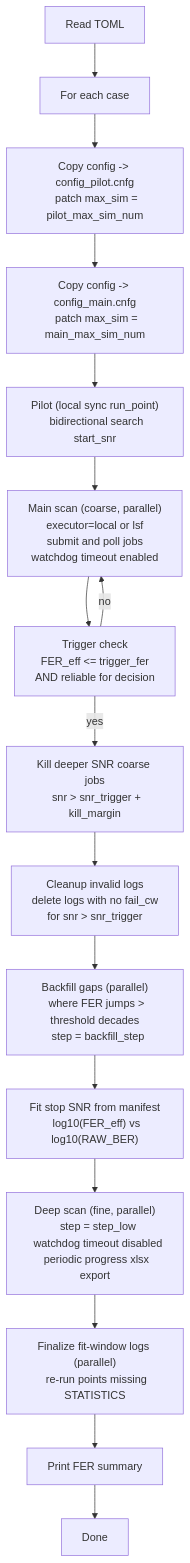
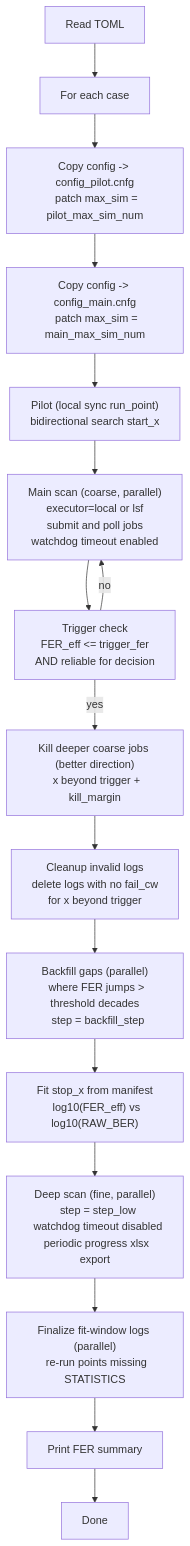
The second of 4 diagrams in scripts/auto_fer_eval/README.md (Gol-D-Rogger/LDPC-codes), drawn with Mermaid before and after one commit. The commit also changed other lines of this file and 38 other files, not shown here.

````diff
--- a/scripts/auto_fer_eval/README.md
+++ b/scripts/auto_fer_eval/README.md
@@ -121,36 +127,36 @@
 ```mermaid
 flowchart TD
   A["Read TOML"] --> B["For each case"]
   B --> C["Copy config -> config_pilot.cnfg
   patch max_sim = pilot_max_sim_num"]
   C --> D["Copy config -> config_main.cnfg
   patch max_sim = main_max_sim_num"]
   D --> E["Pilot (local sync run_point)
-  bidirectional search start_snr"]
+  bidirectional search start_x"]
   E --> F["Main scan (coarse, parallel)
   executor=local or lsf
   submit and poll jobs
   watchdog timeout enabled"]
   F --> G["Trigger check
   FER_eff <= trigger_fer
   AND reliable for decision"]
   G -->| no | F
-  G -->| yes | H["Kill deeper SNR coarse jobs
-  snr > snr_trigger + kill_margin"]
+  G -->| yes | H["Kill deeper coarse jobs (better direction)
+  x beyond trigger + kill_margin"]
   H --> CL["Cleanup invalid logs
   delete logs with no fail_cw
-  for snr > snr_trigger"]
+  for x beyond trigger"]
   CL --> BF["Backfill gaps (parallel)
   where FER jumps > threshold decades
   step = backfill_step"]
-  BF --> I["Fit stop SNR from manifest
+  BF --> I["Fit stop_x from manifest
   log10(FER_eff) vs log10(RAW_BER)"]
   I --> J["Deep scan (fine, parallel)
   step = step_low
   watchdog timeout disabled
   periodic progress xlsx export"]
   J --> FIN["Finalize fit-window logs (parallel)
   re-run points missing STATISTICS"]
   FIN --> K["Print FER summary"]
   K --> L["Done"]
 ```
````
